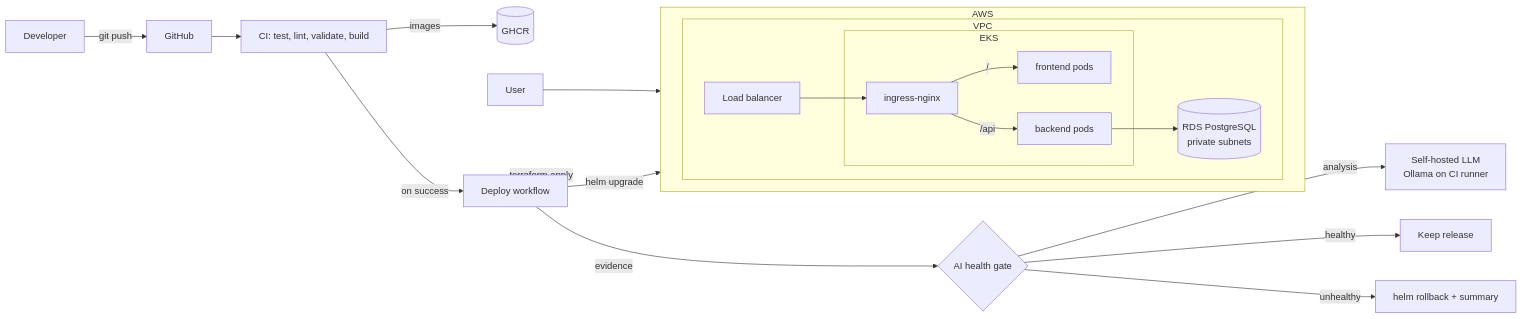
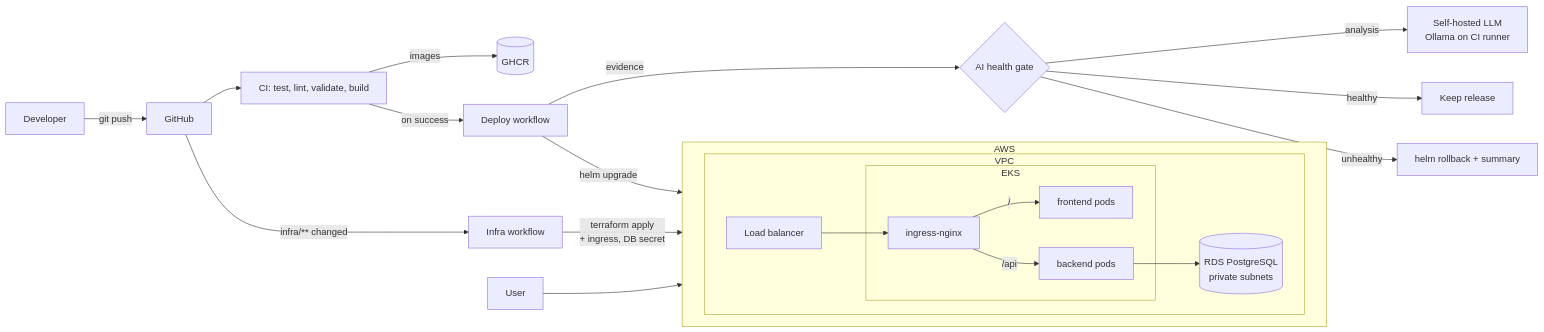
The diagram in README.md (sharathKumar-1123/idea-board), drawn with Mermaid before and after one commit. The commit also changed other lines of this file and 3 other files, not shown here.

````diff
--- a/README.md
+++ b/README.md
@@ -14,27 +14,28 @@
 ```mermaid
 flowchart LR
     dev[Developer] -->|git push| gh[GitHub]
     gh --> ci[CI: test, lint, validate, build]
+    gh -->|infra/** changed| infra[Infra workflow]
     ci -->|images| ghcr[(GHCR)]
     ci -->|on success| cd[Deploy workflow]
 
     subgraph AWS
       direction LR
       subgraph VPC
         lb[Load balancer] --> ing[ingress-nginx]
         subgraph EKS
           ing -->|/| fe[frontend pods]
           ing -->|/api| be[backend pods]
         end
         be --> rds[(RDS PostgreSQL<br/>private subnets)]
       end
     end
 
-    cd -->|terraform apply| VPC
+    infra -->|terraform apply<br/>+ ingress, DB secret| VPC
     cd -->|helm upgrade| EKS
     cd -->|evidence| gate{AI health gate}
     gate -->|analysis| llm[Self-hosted LLM<br/>Ollama on CI runner]
     gate -->|healthy| keep[Keep release]
     gate -->|unhealthy| rb[helm rollback + summary]
     user[User] --> lb
 ```
````
